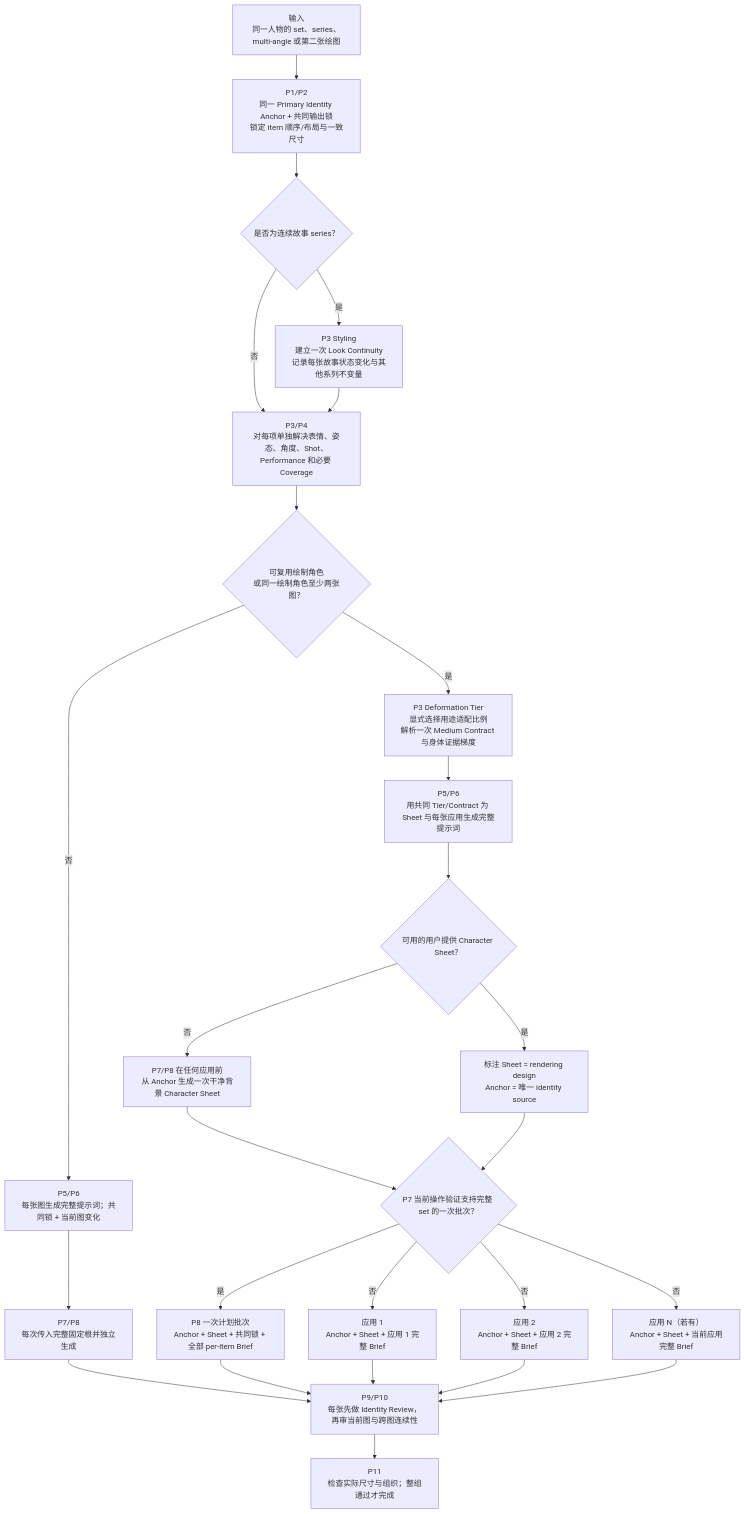
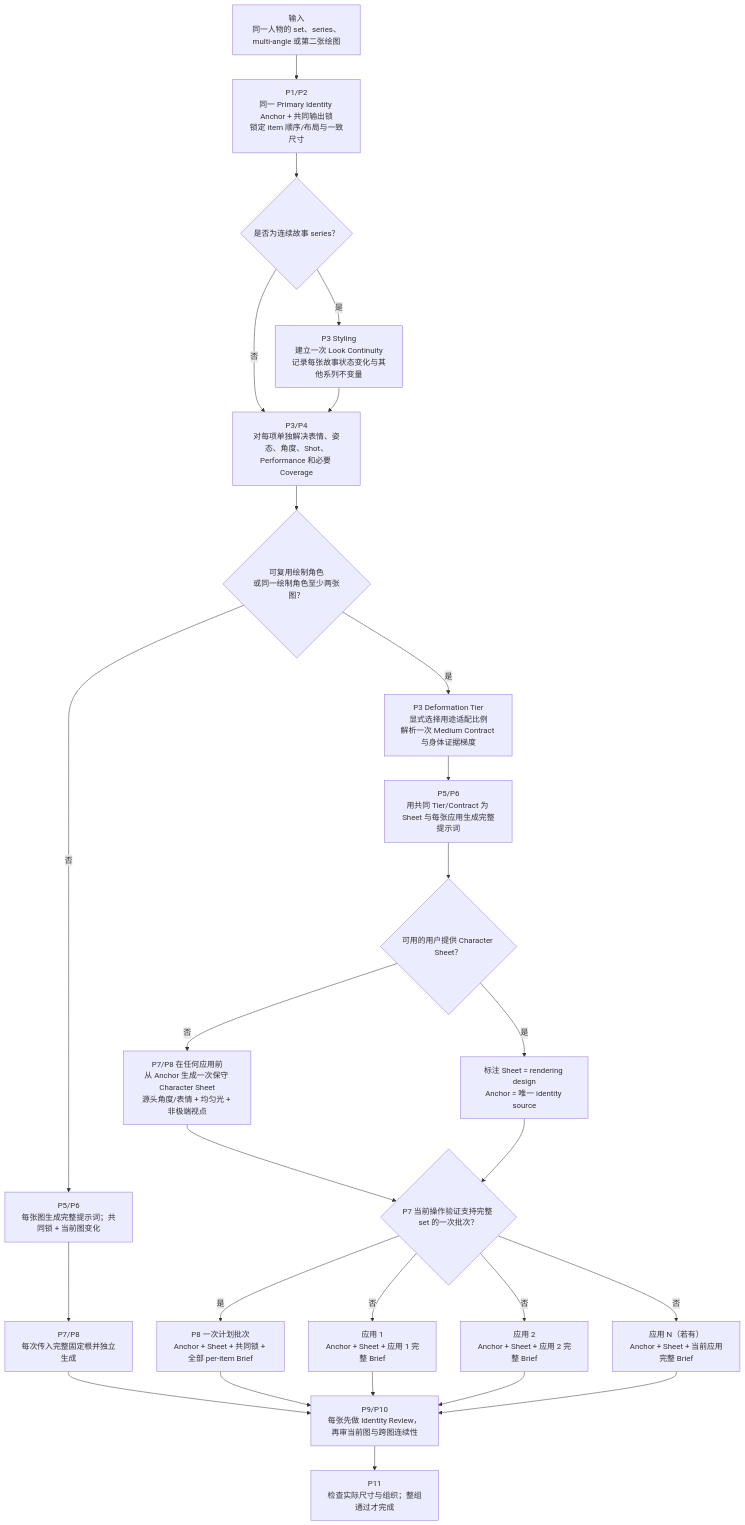
Before and after one commit to cyaoc/cast-me: diagram 11 of 13 in docs/architecture.md, drawn with Mermaid. The commit also changed other lines of this file and 5 other files, not shown here.

````diff
--- a/docs/architecture.md
+++ b/docs/architecture.md
@@ -412,28 +413,28 @@
 ```mermaid
 flowchart TD
     U["输入<br/>同一人物的 set、series、multi-angle 或第二张绘图"] --> BASE["P1/P2<br/>同一 Primary Identity Anchor + 共同输出锁<br/>锁定 item 顺序/布局与一致尺寸"]
     BASE --> SERIES{"是否为连续故事 series？"}
     SERIES -- 是 --> LOOK["P3 Styling<br/>建立一次 Look Continuity<br/>记录每张故事状态变化与其他系列不变量"]
     SERIES -- 否 --> EACH
     LOOK --> EACH["P3/P4<br/>对每项单独解决表情、姿态、角度、Shot、Performance 和必要 Coverage"]
     EACH --> DRAWN{"可复用绘制角色<br/>或同一绘制角色至少两张图？"}
     DRAWN -- 否 --> P["P5/P6<br/>每张图生成完整提示词；共同锁 + 当前图变化"]
     P --> I["P7/P8<br/>每次传入完整固定根并独立生成"]
     DRAWN -- 是 --> TIER["P3 Deformation Tier<br/>显式选择用途适配比例<br/>解析一次 Medium Contract 与身体证据梯度"]
     TIER --> DP["P5/P6<br/>用共同 Tier/Contract 为 Sheet 与每张应用生成完整提示词"]
     DP --> PROVIDED{"可用的用户提供 Character Sheet？"}
-    PROVIDED -- 否 --> SHEET["P7/P8 在任何应用前<br/>从 Anchor 生成一次干净背景 Character Sheet"]
+    PROVIDED -- 否 --> SHEET["P7/P8 在任何应用前<br/>从 Anchor 生成一次保守 Character Sheet<br/>源头角度/表情 + 均匀光 + 非极端视点"]
     PROVIDED -- 是 --> LABEL["标注 Sheet = rendering design<br/>Anchor = 唯一 identity source"]
     SHEET --> CAP{"P7 当前操作验证支持完整 set 的一次批次？"}
     LABEL --> CAP
     CAP -- 是 --> BATCH["P8 一次计划批次<br/>Anchor + Sheet + 共同锁 + 全部 per-item Brief"]
     CAP -- 否 --> A1["应用 1<br/>Anchor + Sheet + 应用 1 完整 Brief"]
     CAP -- 否 --> A2["应用 2<br/>Anchor + Sheet + 应用 2 完整 Brief"]
     CAP -- 否 --> AN["应用 N（若有）<br/>Anchor + Sheet + 当前应用完整 Brief"]
     I --> R["P9/P10<br/>每张先做 Identity Review，再审当前图与跨图连续性"]
     BATCH --> R
     A1 --> R
     A2 --> R
     AN --> R
     R --> O["P11<br/>检查实际尺寸与组织；整组通过才完成"]
 ```
````
